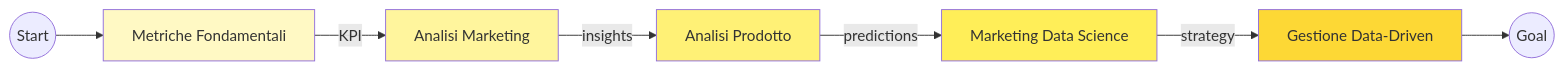
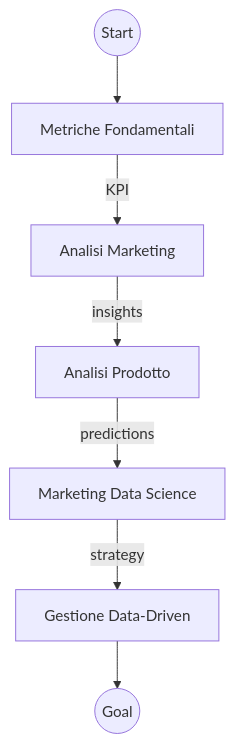
Before and after one commit to AndreyBertasini/gynnitech: the fifth of 6 diagrams in src/content/corso/panoramica/mappe-concettuali.mdx, drawn with Mermaid. The commit also changed other lines of this file and 110 other files, not shown here.

First line of the commit message:
chore(content): optimize mermaid diagrams for mobile and dark theme

````diff
--- a/src/content/corso/panoramica/mappe-concettuali.mdx
+++ b/src/content/corso/panoramica/mappe-concettuali.mdx
@@ -189,15 +176,10 @@
 ```mermaid
-flowchart LR
+flowchart TD
     START((Start)) --> A[Metriche Fondamentali]
     A -->|KPI| B[Analisi Marketing]
     B -->|insights| C[Analisi Prodotto]
     C -->|predictions| D[Marketing Data Science]
     D -->|strategy| E[Gestione Data-Driven]
     E --> END((Goal))
 
-    style A fill:#fff9c4
-    style B fill:#fff59d
-    style C fill:#fff176
-    style D fill:#ffee58
-    style E fill:#fdd835
 ```
````
